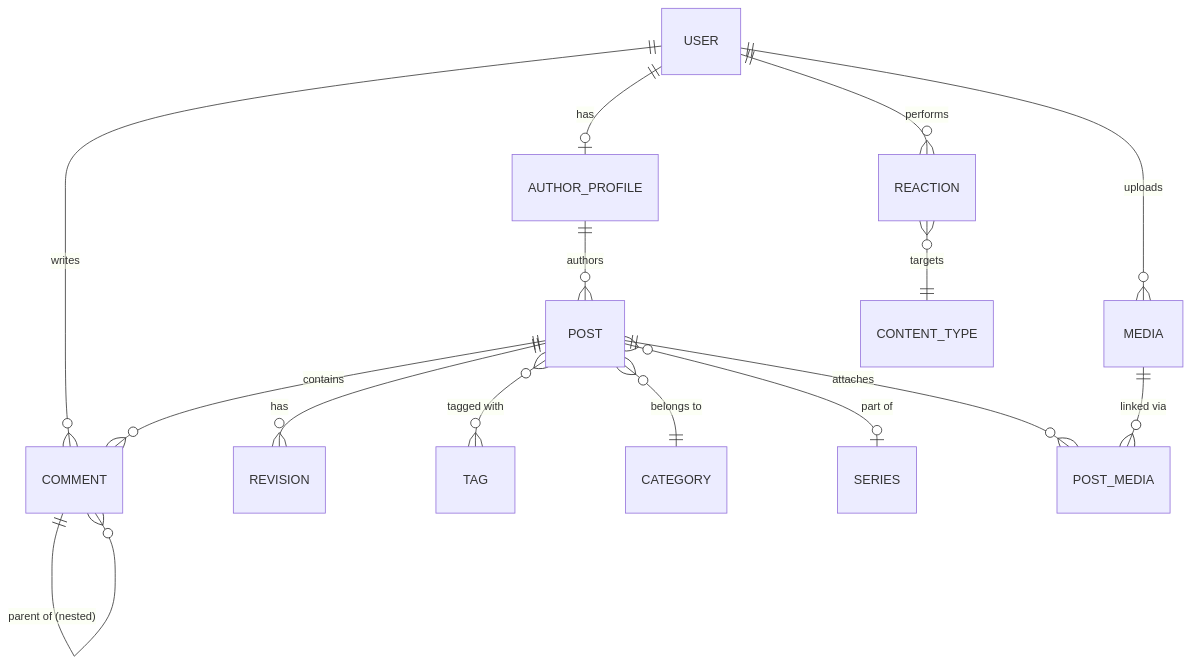
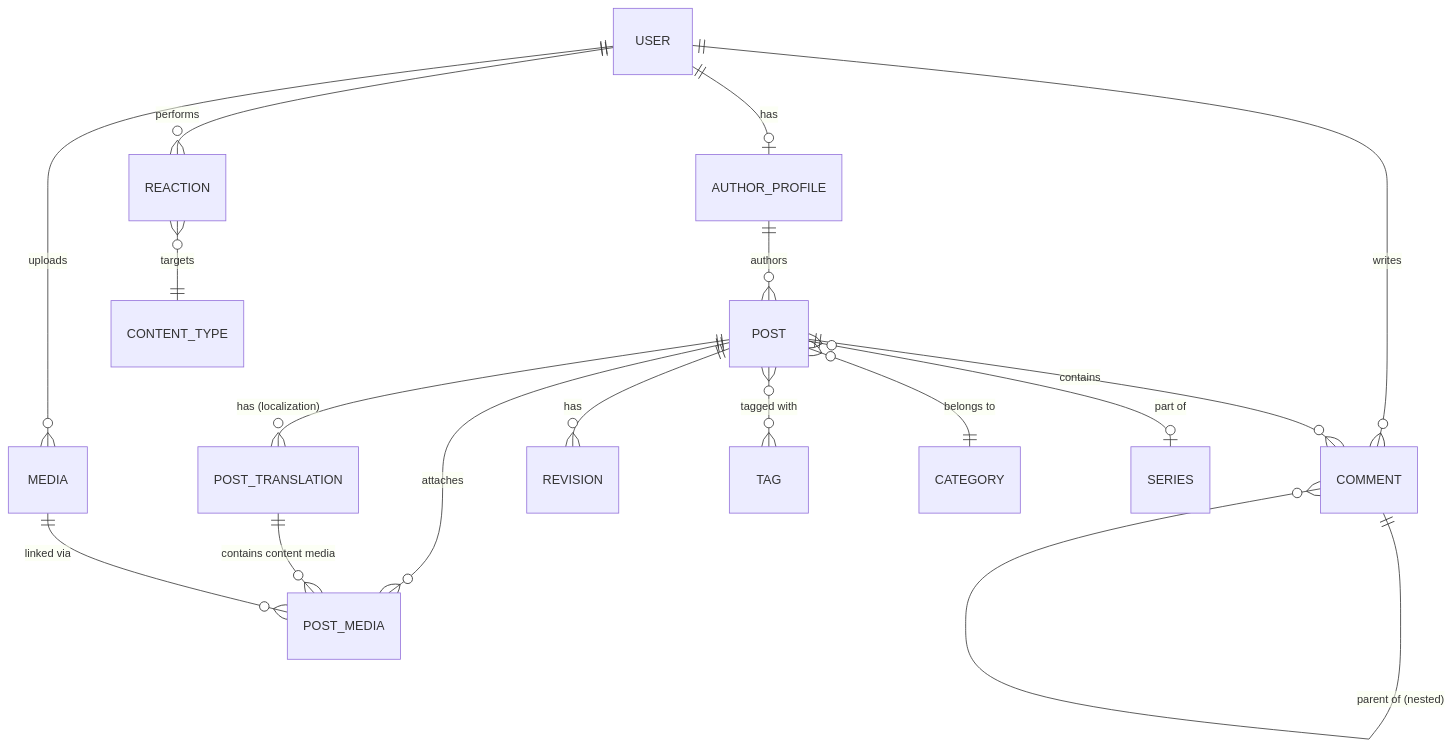
One commit to amirhossein-moloki/Blog changed the first of 4 diagrams in COMPREHENSIVE_ARCHITECTURE.md. Above: the diagram before and after it, drawn with Mermaid. The commit also changed other lines of this file and 1 other file, not shown here.

First line of the commit message:
docs: update comprehensive architecture documents (FA & EN)

````diff
--- a/COMPREHENSIVE_ARCHITECTURE.md
+++ b/COMPREHENSIVE_ARCHITECTURE.md
@@ -313,21 +327,23 @@
 ```mermaid
 erDiagram
     USER ||--o| AUTHOR_PROFILE : "has"
     USER ||--o{ MEDIA : "uploads"
     USER ||--o{ COMMENT : "writes"
     USER ||--o{ REACTION : "performs"
 
     AUTHOR_PROFILE ||--o{ POST : "authors"
 
+    POST ||--o{ POST_TRANSLATION : "has (localization)"
     POST ||--o{ COMMENT : "contains"
     POST ||--o{ REVISION : "has"
     POST }o--o{ TAG : "tagged with"
     POST }o--|| CATEGORY : "belongs to"
     POST }o--o| SERIES : "part of"
 
     POST ||--o{ POST_MEDIA : "attaches"
+    POST_TRANSLATION ||--o{ POST_MEDIA : "contains content media"
     MEDIA ||--o{ POST_MEDIA : "linked via"
 
     COMMENT ||--o{ COMMENT : "parent of (nested)"
     REACTION }o--|| CONTENT_TYPE : "targets"
 ```
````
